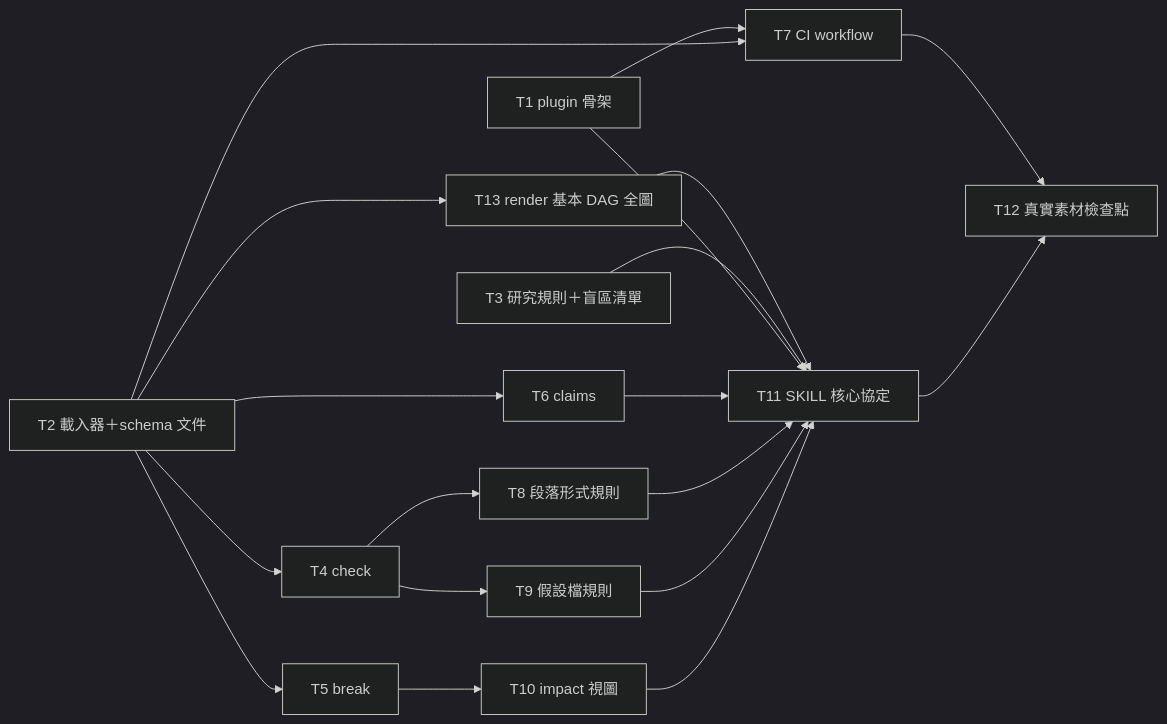
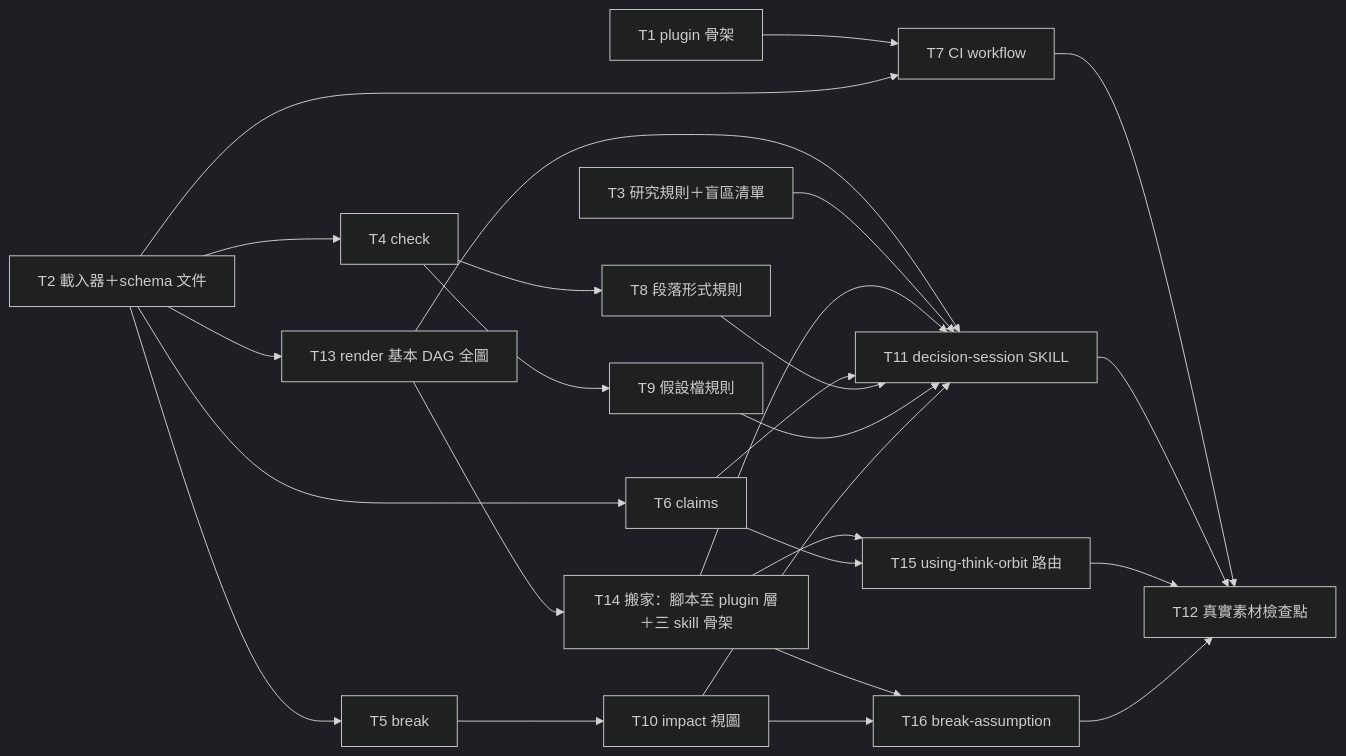
The diagram in docs/loom/plans/2026-08-18-think-orbit-plugin-part-1.md (kouko/monkey-skills), drawn with Mermaid (dark theme) before and after one commit. The commit also changed other lines of this file and 1 other file, not shown here.

First line of the commit message:
docs(loom): think-orbit plan — option B layout (T14-T16), round-3 PASS, ledger through T13

````diff
--- a/docs/loom/plans/2026-08-18-think-orbit-plugin-part-1.md
+++ b/docs/loom/plans/2026-08-18-think-orbit-plugin-part-1.md
@@ -26,21 +26,28 @@
 ```mermaid
 flowchart LR
     T1["T1 plugin 骨架"] --> T7["T7 CI workflow"]
     T2["T2 載入器＋schema 文件"] --> T4["T4 check"]
     T2 --> T5["T5 break"]
     T2 --> T6["T6 claims"]
     T2 --> T7
     T2 --> T13["T13 render 基本 DAG 全圖"]
     T13 --> T11
     T3["T3 研究規則＋盲區清單"] --> T11
     T4 --> T8["T8 段落形式規則"]
     T4 --> T9["T9 假設檔規則"]
     T5 --> T10["T10 impact 視圖"]
-    T1 --> T11["T11 SKILL 核心協定"]
+    T14 --> T11["T11 decision-session SKILL"]
     T6 --> T11
     T8 --> T11
     T9 --> T11
     T10 --> T11
+    T13 --> T14["T14 搬家：腳本至 plugin 層＋三 skill 骨架"]
+    T14 --> T15["T15 using-think-orbit 路由"]
+    T6 --> T15
+    T14 --> T16["T16 break-assumption"]
+    T10 --> T16
     T7 --> T12["T12 真實素材檢查點"]
     T11 --> T12
+    T15 --> T12
+    T16 --> T12
 ```
````
